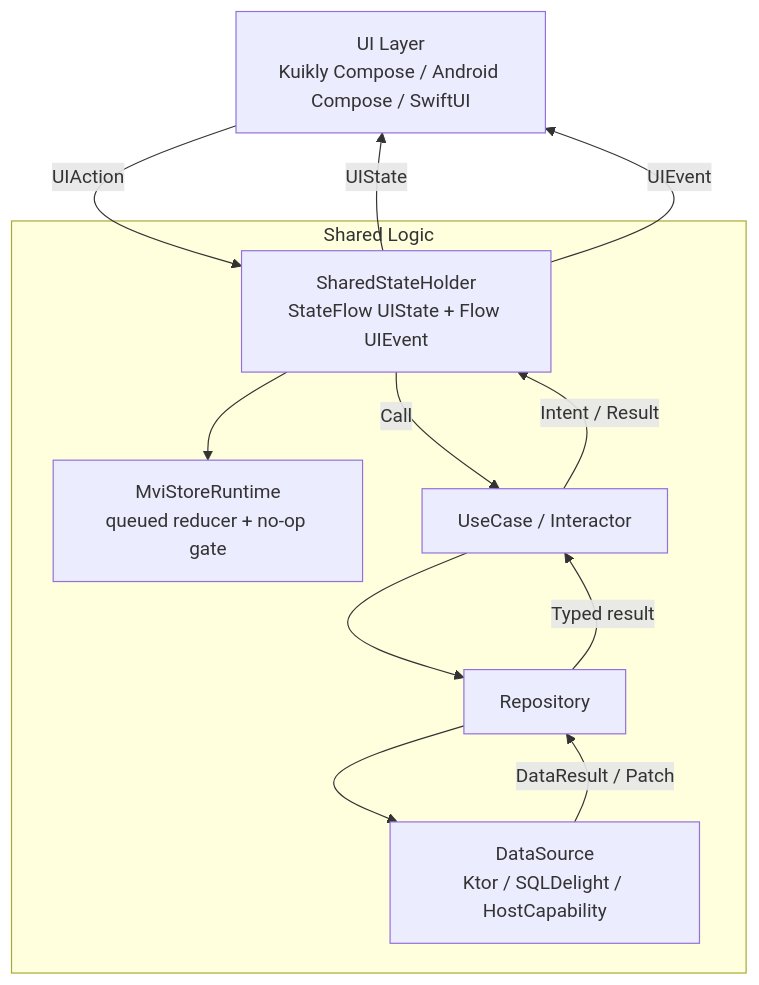
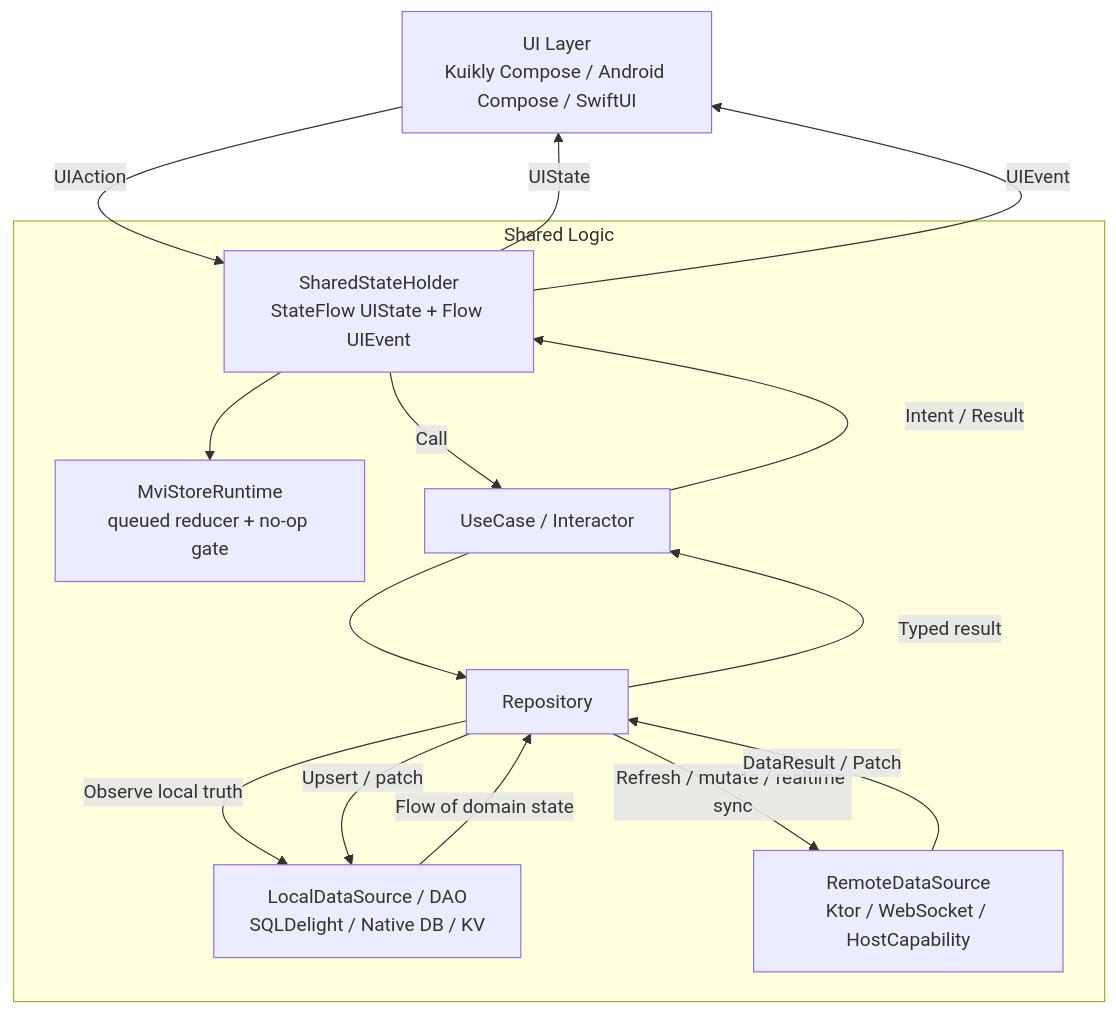
The diagram in docs/shared-mvi-foundation.md (botiverse/mobile), drawn with Mermaid before and after one commit. The commit also changed other lines of this file and 5 other files, not shown here.

Commit message:
feat: make shared tasks repository local first

````diff
--- a/docs/shared-mvi-foundation.md
+++ b/docs/shared-mvi-foundation.md
@@ -75,23 +76,27 @@
 ```mermaid
 graph TD
     UI[UI Layer<br/>Kuikly Compose / Android Compose / SwiftUI]
 
     subgraph CommonMain[Shared Logic]
         StateHolder[SharedStateHolder<br/>StateFlow UIState + Flow UIEvent]
         Runtime[MviStoreRuntime<br/>queued reducer + no-op gate]
         UseCase[UseCase / Interactor]
         Repository[Repository]
-        DataSource[DataSource<br/>Ktor / SQLDelight / HostCapability]
+        Local[LocalDataSource / DAO<br/>SQLDelight / Native DB / KV]
+        Remote[RemoteDataSource<br/>Ktor / WebSocket / HostCapability]
     end
 
     StateHolder -->|UIState| UI
     StateHolder -->|UIEvent| UI
     UI -->|UIAction| StateHolder
     StateHolder --> Runtime
     StateHolder -->|Call| UseCase
     UseCase --> Repository
-    Repository --> DataSource
-    DataSource -->|DataResult / Patch| Repository
+    Repository -->|Observe local truth| Local
+    Repository -->|Refresh / mutate / realtime sync| Remote
+    Remote -->|DataResult / Patch| Repository
+    Repository -->|Upsert / patch| Local
+    Local -->|Flow of domain state| Repository
     Repository -->|Typed result| UseCase
     UseCase -->|Intent / Result| StateHolder
 ```
````
